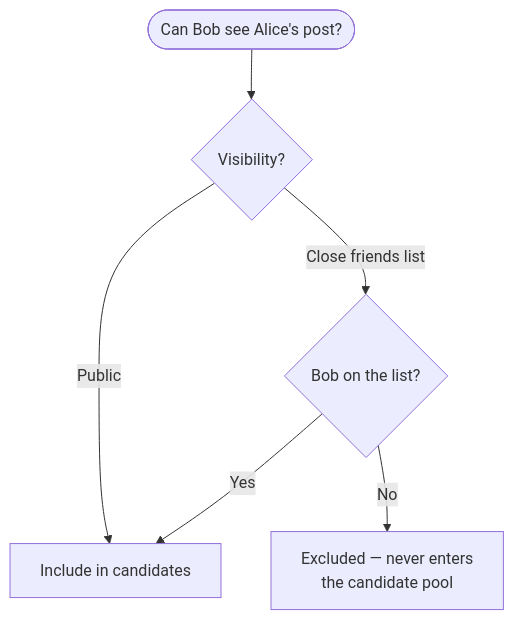
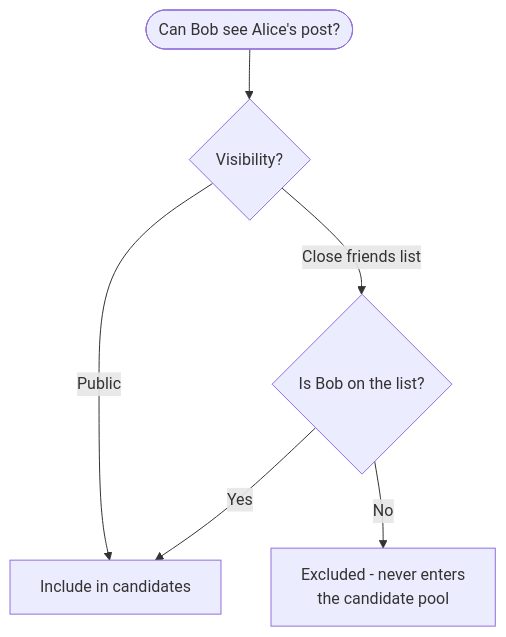
The ninth of 13 diagrams in system-design/HLD/0-course/32-Design Newsfeed System-FAANG-Guide-story.md (riyaz-pasha/Learnings), drawn with Mermaid before and after one commit. The commit also changed other lines of this file and 5 other files, not shown here.

Commit message:
[REWRITE] Design Newsfeed story guide: simplify prose, add structure, fix diagrams

````diff
--- a/system-design/HLD/0-course/32-Design Newsfeed System-FAANG-Guide-story.md
+++ b/system-design/HLD/0-course/32-Design Newsfeed System-FAANG-Guide-story.md
@@ -228,8 +499,8 @@
 ```mermaid
 flowchart TD
-    Start(["Can Bob see Alice's post?"]) --> Q1{Visibility?}
+    Start(["Can Bob see Alice's post?"]) --> Q1{"Visibility?"}
     Q1 -->|Public| Show["Include in candidates"]
-    Q1 -->|Close friends list| Q2{Bob on the list?}
-    Q2 -->|No| Hide["Excluded — never enters\nthe candidate pool"]
+    Q1 -->|Close friends list| Q2{"Is Bob on the list?"}
+    Q2 -->|No| Hide["Excluded - never enters\nthe candidate pool"]
     Q2 -->|Yes| Show
 ```
````
